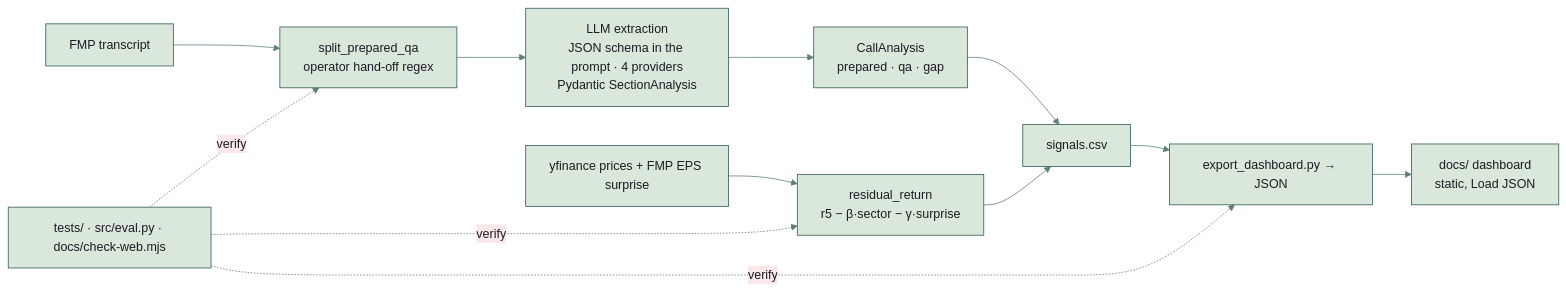
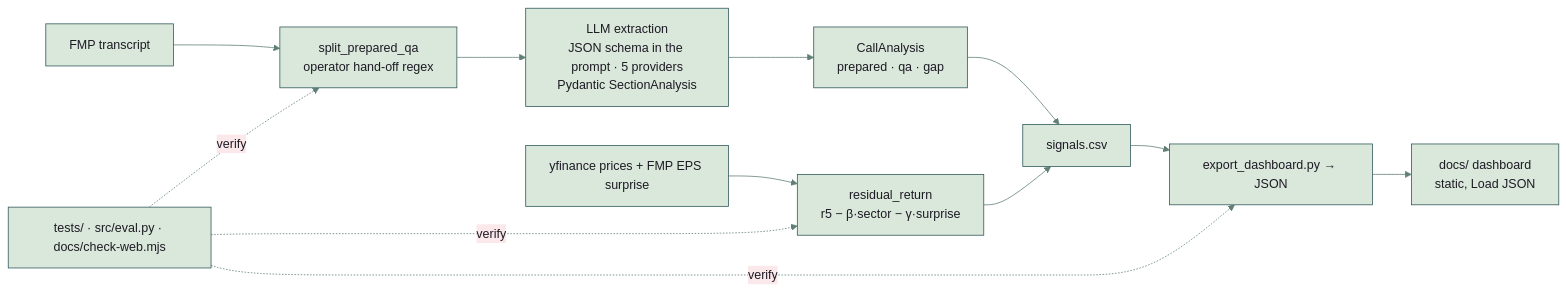
One commit to NickkkLian/Earnings-Call-Sentiment-Analyser changed the diagram in README.md. Above: the diagram before and after it, drawn with Mermaid. The commit also changed other lines of this file and 8 other files, not shown here.

````diff
--- a/README.md
+++ b/README.md
@@ -53,15 +53,15 @@
 ```mermaid
 %%{init: {"theme": "base", "themeVariables": {"darkMode": false, "fontFamily": "Inter, BlinkMacSystemFont, Segoe UI, Helvetica Neue, Helvetica, Arial", "primaryColor": "#dae7db", "mainBkg": "#dae7db", "primaryTextColor": "#1d1b24", "nodeTextColor": "#1d1b24", "textColor": "#1d1b24", "primaryBorderColor": "#2f5859", "nodeBorder": "#2f5859", "secondaryColor": "#fae8eb", "tertiaryColor": "#f7e9e8", "lineColor": "#5f7f76", "arrowheadColor": "#5f7f76", "defaultLinkColor": "#5f7f76", "edgeLabelBackground": "#fae8eb", "clusterBkg": "#f7e9e8", "clusterBorder": "#a8707a", "titleColor": "#7d2d44"}}}%%
 flowchart LR
   A["FMP transcript"] --> B["split_prepared_qa<br/>operator hand-off regex"]
-  B --> C["LLM extraction<br/>JSON schema in the prompt · 4 providers<br/>Pydantic SectionAnalysis"]
+  B --> C["LLM extraction<br/>JSON schema in the prompt · 5 providers<br/>Pydantic SectionAnalysis"]
   C --> D["CallAnalysis<br/>prepared · qa · gap"]
   E["yfinance prices + FMP EPS surprise"] --> F["residual_return<br/>r5 − β·sector − γ·surprise"]
   D --> G["signals.csv"]
   F --> G
   G --> H["export_dashboard.py → JSON"]
   H --> I["docs/ dashboard<br/>static, Load JSON"]
   J["tests/ · src/eval.py · docs/check-web.mjs"] -. verify .-> B
   J -. verify .-> F
   J -. verify .-> H
 ```
````
